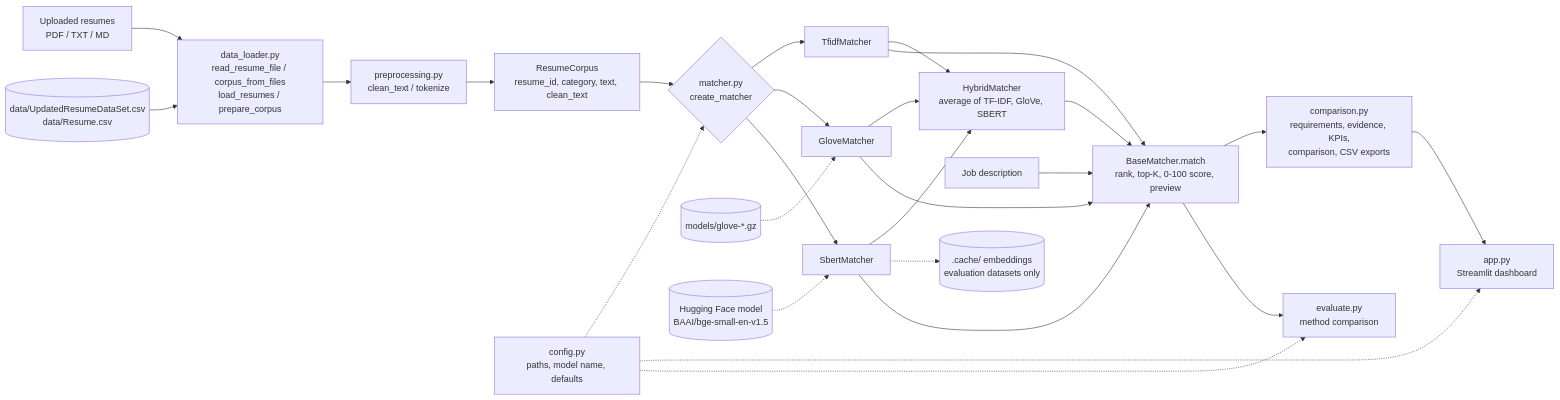
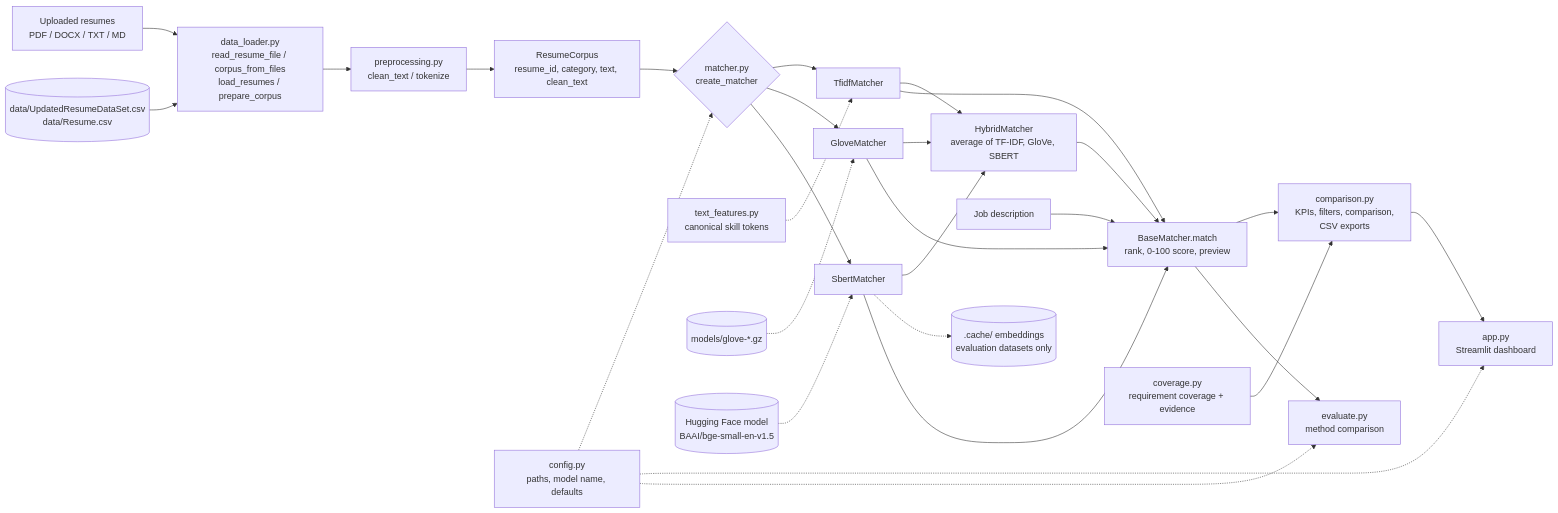
One commit to YashAgarwal2309/Resume-Matcher-Project- changed the diagram in README.md. Above: the diagram before and after it, drawn with Mermaid. The commit also changed other lines of this file and 25 other files, not shown here.

````diff
--- a/README.md
+++ b/README.md
@@ -71,23 +76,25 @@
 ```mermaid
 flowchart LR
-    UP[Uploaded resumes<br/>PDF / TXT / MD] --> DL[data_loader.py<br/>read_resume_file / corpus_from_files<br/>load_resumes / prepare_corpus]
+    UP[Uploaded resumes<br/>PDF / DOCX / TXT / MD] --> DL[data_loader.py<br/>read_resume_file / corpus_from_files<br/>load_resumes / prepare_corpus]
     CSV[(data/UpdatedResumeDataSet.csv<br/>data/Resume.csv)] --> DL
     DL --> PP[preprocessing.py<br/>clean_text / tokenize]
     PP --> CORPUS[ResumeCorpus<br/>resume_id, category, text, clean_text]
 
     CORPUS --> F{matcher.py<br/>create_matcher}
     F --> T[TfidfMatcher]
+    TF[text_features.py<br/>canonical skill tokens] -.-> T
     F --> G[GloveMatcher]
     F --> S[SbertMatcher]
     GLOVE[(models/glove-*.gz)] -.-> G
     HF[(Hugging Face model<br/>BAAI/bge-small-en-v1.5)] -.-> S
     T & G & S --> H[HybridMatcher<br/>average of TF-IDF, GloVe, SBERT]
     S -.-> CACHE[(.cache/ embeddings<br/>evaluation datasets only)]
 
-    T & G & S & H --> M[BaseMatcher.match<br/>rank, top-K, 0-100 score, preview]
+    T & G & S & H --> M[BaseMatcher.match<br/>rank, 0-100 score, preview]
     JD[Job description] --> M
-    M --> CMP[comparison.py<br/>requirements, evidence, KPIs,<br/>comparison, CSV exports]
+    M --> CMP[comparison.py<br/>KPIs, filters, comparison,<br/>CSV exports]
+    COV[coverage.py<br/>requirement coverage + evidence] --> CMP
     CMP --> APP[app.py<br/>Streamlit dashboard]
     M --> EV[evaluate.py<br/>method comparison]
     CFG[config.py<br/>paths, model name, defaults] -.-> F & APP & EV
 ```
````
